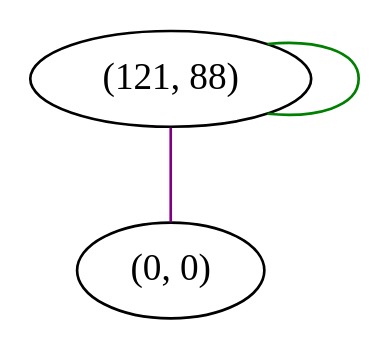
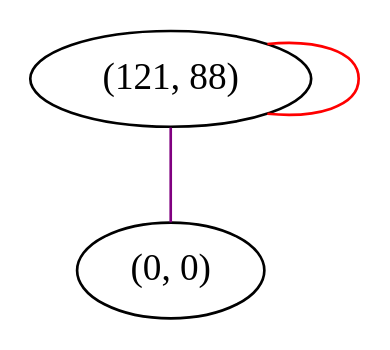
Before and after one commit to FelixMcFelix/sip-for-cv-paper: the diagram in graphviz/dejavu-sans/o.gv, drawn with Graphviz. The commit also changed 121 other files, not shown here.

First line of the commit message:
[MakeGraph] Better Graph Generation

```diff
--- a/graphviz/dejavu-sans/o.gv
+++ b/graphviz/dejavu-sans/o.gv
@@ -1,6 +1,6 @@
 graph "" {
 "(121, 88)";
 "(0, 0)";
-"(121, 88)" -- "(121, 88)"  [color=green, key=0, weight=2];
+"(121, 88)" -- "(121, 88)"  [color=red, key=0, weight=1];
 "(121, 88)" -- "(0, 0)"  [color=purple, key=0, weight=4];
 }
```
